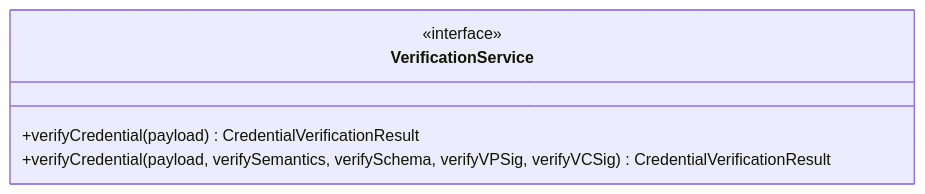
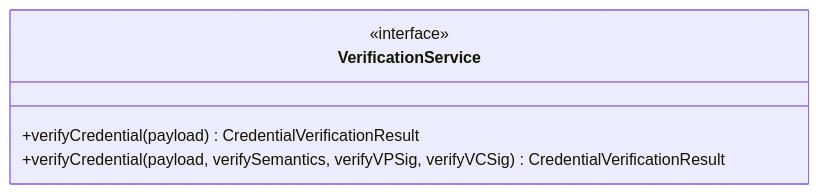
The first of 12 diagrams in federated-catalogue/src/docs/architecture/chapters/05_building_block_view.adoc (eclipse-xfsc/docs), drawn with Mermaid before and after one commit. The commit also changed other lines of this file and 5 other files, not shown here.

```diff
--- a/federated-catalogue/src/docs/architecture/chapters/05_building_block_view.adoc
+++ b/federated-catalogue/src/docs/architecture/chapters/05_building_block_view.adoc
@@ -286,9 +286,9 @@
 [mermaid, width=2000]
 ....
 classDiagram
     class VerificationService {
         <<interface>>
         +verifyCredential(payload) CredentialVerificationResult
-        +verifyCredential(payload, verifySemantics, verifySchema, verifyVPSig, verifyVCSig) CredentialVerificationResult
+        +verifyCredential(payload, verifySemantics, verifyVPSig, verifyVCSig) CredentialVerificationResult
     }
 ....
```
